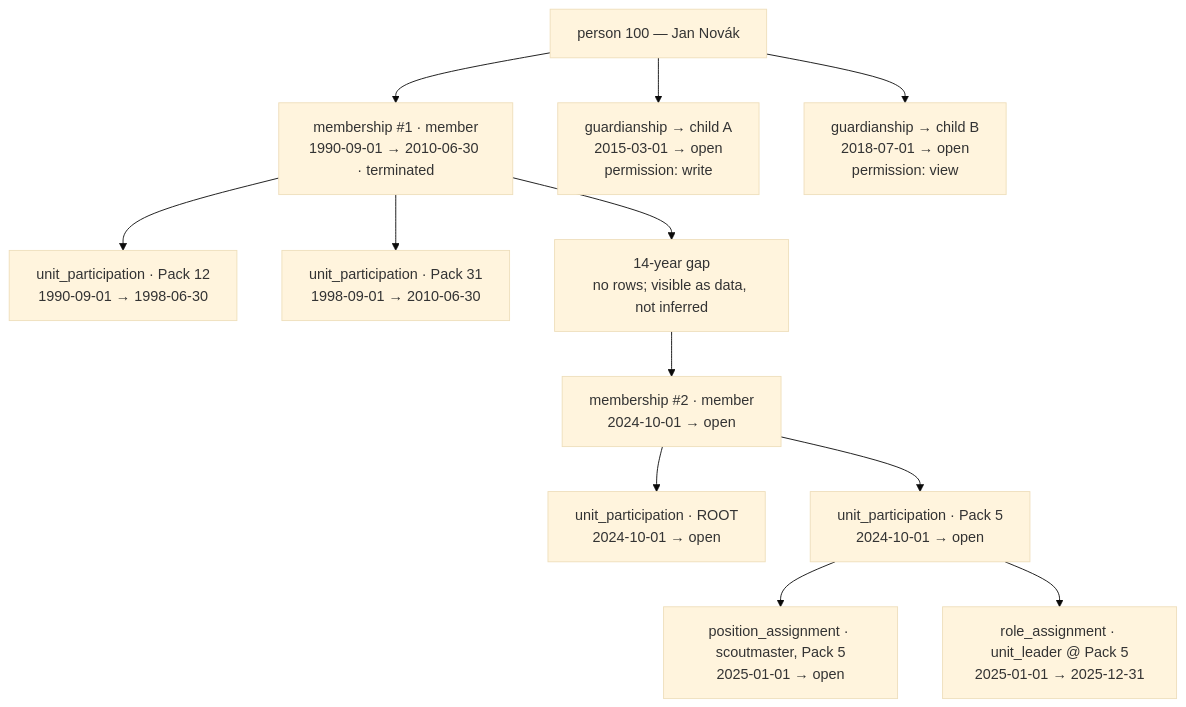
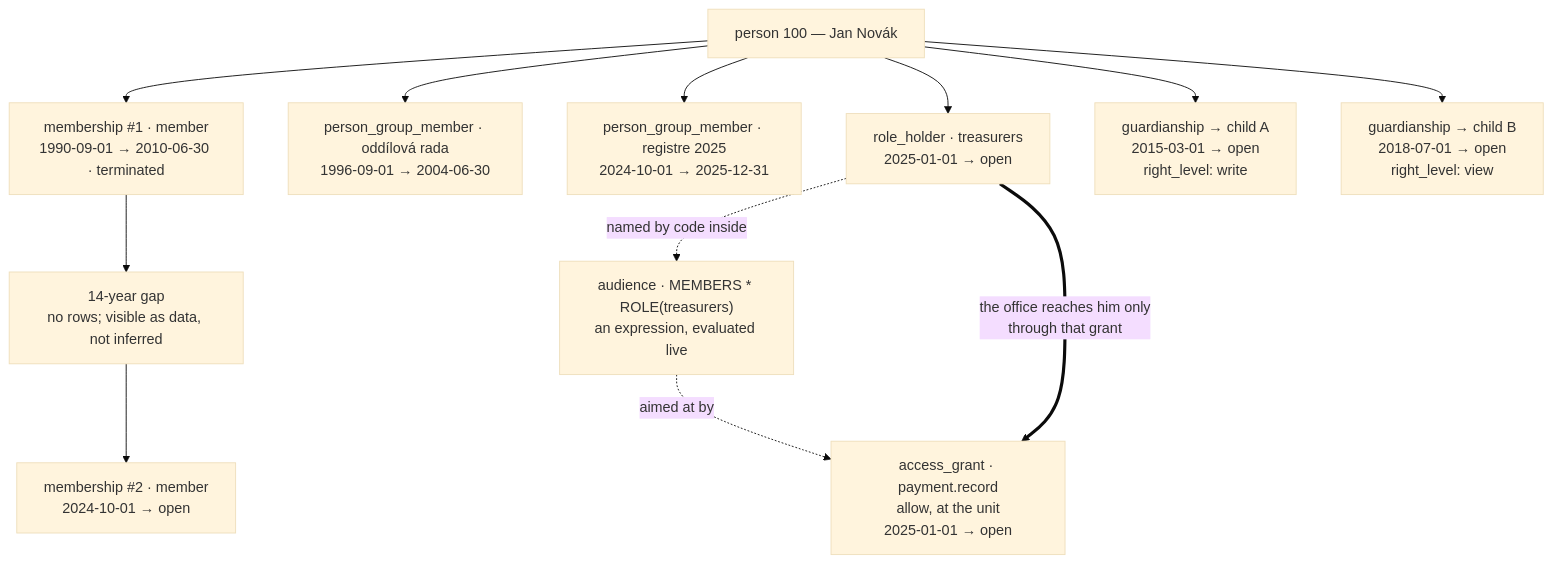
One commit to azduha/taborak-specification changed the eighth of 8 diagrams in docs/appendix/erd.md. Above: the diagram before and after it, drawn with Mermaid (base theme). The commit also changed other lines of this file and 23 other files, not shown here.

First line of the commit message:
Carry D-097..D-104 through the corpus: no unit, no ladder, one permission per grant

````diff
--- a/docs/appendix/erd.md
+++ b/docs/appendix/erd.md
@@ -525,23 +817,24 @@
 ```mermaid
 flowchart TB
     P["person 100 — Jan Novák"]
     M1["membership #1 · member<br/>1990-09-01 → 2010-06-30 · terminated"]
-    U12["unit_participation · Pack 12<br/>1990-09-01 → 1998-06-30"]
-    U31["unit_participation · Pack 31<br/>1998-09-01 → 2010-06-30"]
     GAP["14-year gap<br/>no rows; visible as data, not inferred"]
     M2["membership #2 · member<br/>2024-10-01 → open"]
-    ROOT["unit_participation · ROOT<br/>2024-10-01 → open"]
-    U5["unit_participation · Pack 5<br/>2024-10-01 → open"]
-    POS["position_assignment · scoutmaster, Pack 5<br/>2025-01-01 → open"]
-    ROLE["role_assignment · unit_leader @ Pack 5<br/>2025-01-01 → 2025-12-31"]
-    GA["guardianship → child A<br/>2015-03-01 → open<br/>permission: write"]
-    GB["guardianship → child B<br/>2018-07-01 → open<br/>permission: view"]
-    P --> M1 --> U12
-    M1 --> U31
+    G1["person_group_member · oddílová rada<br/>1996-09-01 → 2004-06-30"]
+    G2["person_group_member · registre 2025<br/>2024-10-01 → 2025-12-31"]
+    RH["role_holder · treasurers<br/>2025-01-01 → open"]
+    AU["audience · MEMBERS * ROLE(treasurers)<br/>an expression, evaluated live"]
+    AG["access_grant · payment.record<br/>allow, at the unit<br/>2025-01-01 → open"]
+    GA["guardianship → child A<br/>2015-03-01 → open<br/>right_level: write"]
+    GB["guardianship → child B<br/>2018-07-01 → open<br/>right_level: view"]
+    P --> M1
     M1 --> GAP --> M2
-    M2 --> ROOT
-    M2 --> U5 --> POS
-    U5 --> ROLE
+    P --> G1
+    P --> G2
+    P --> RH
     P --> GA
     P --> GB
+    RH -.->|"named by code inside"| AU
+    AU -.->|"aimed at by"| AG
+    RH ==>|"the office reaches him only<br/>through that grant"| AG
 ```
````
